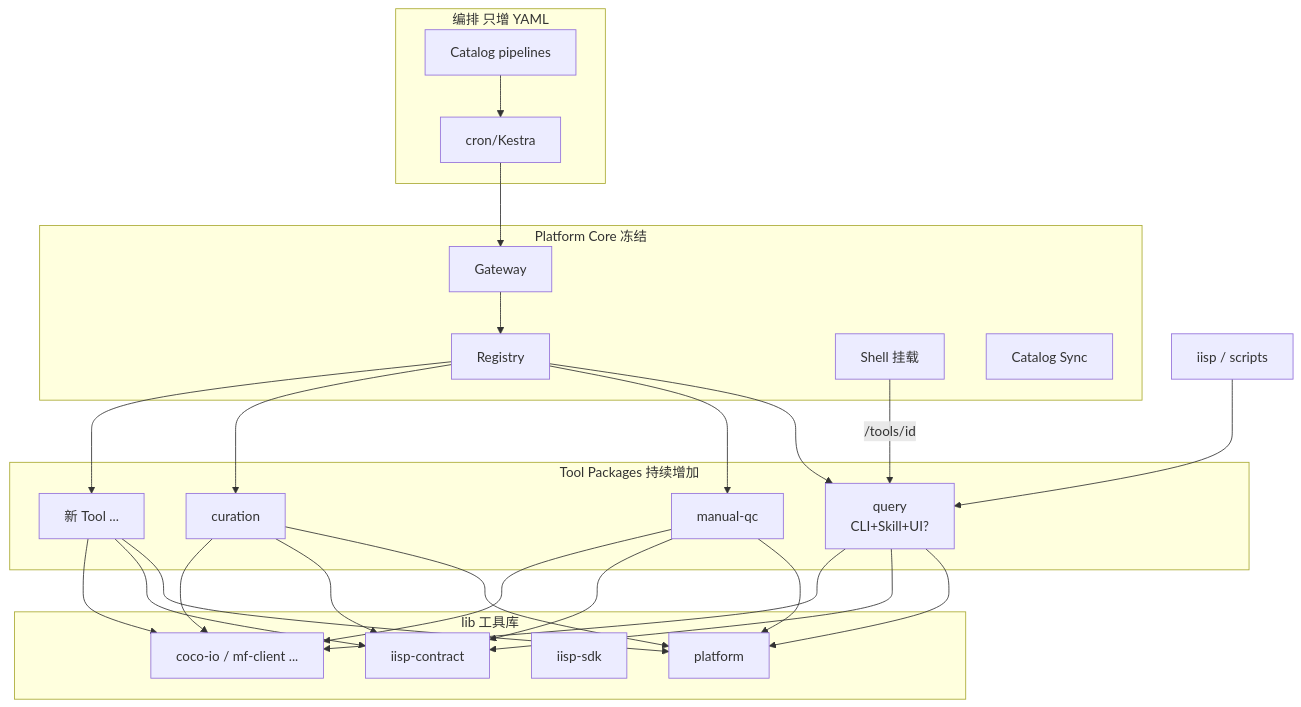
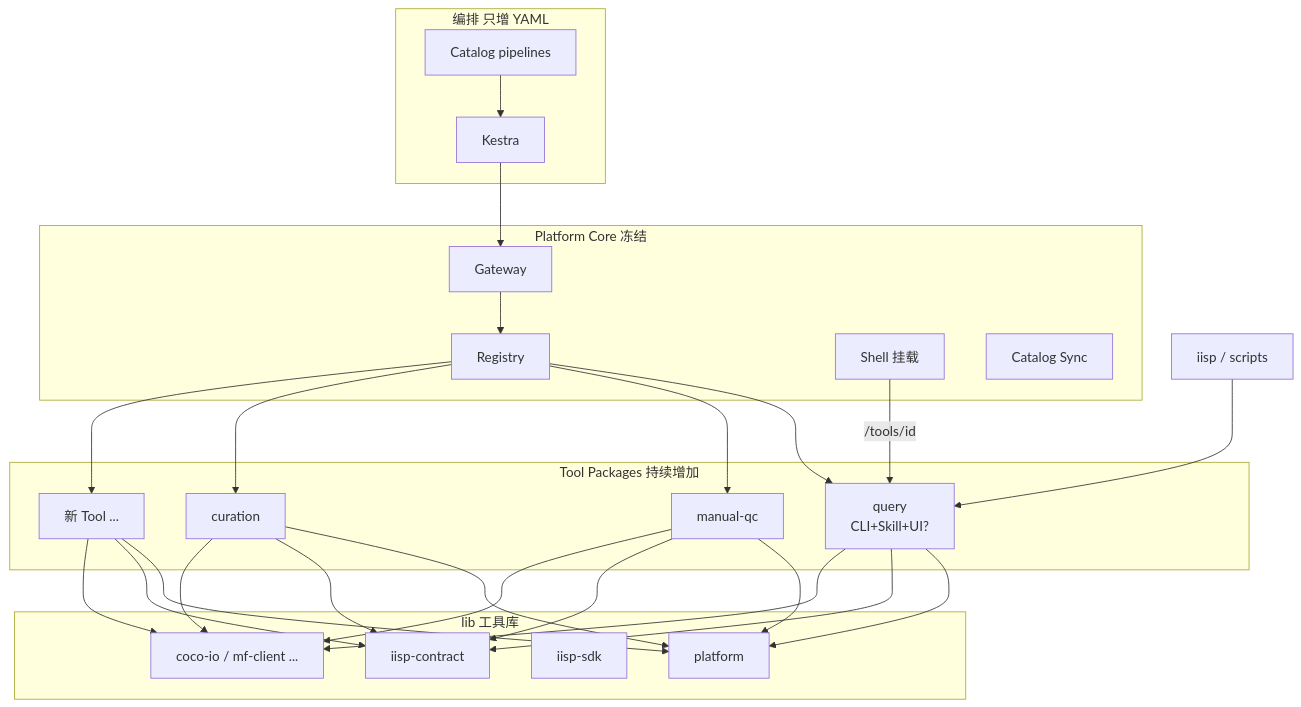
The diagram in docs/TOOL_PLUGIN_MODEL.md (algo-boost/DetForge-Studio), drawn with Mermaid before and after one commit. The commit also changed other lines of this file and 37 other files, not shown here.

````diff
--- a/docs/TOOL_PLUGIN_MODEL.md
+++ b/docs/TOOL_PLUGIN_MODEL.md
@@ -355,36 +357,36 @@
 ```mermaid
 flowchart TB
   subgraph platform [Platform Core 冻结]
     GW[Gateway]
     Reg[Registry]
     Shell[Shell 挂载]
     Cat[Catalog Sync]
   end
 
   subgraph lib [lib 工具库]
     PL[platform]
     IC[iisp-contract]
     IS[iisp-sdk]
     DOM[coco-io / mf-client ...]
   end
 
   subgraph tools [Tool Packages 持续增加]
     T1[query\nCLI+Skill+UI?]
     T2[manual-qc]
     T3[curation]
     TN[新 Tool ...]
   end
 
   subgraph orch [编排 只增 YAML]
     Pipe[Catalog pipelines]
-    K[cron/Kestra]
+    K[Kestra]
   end
 
   K --> GW
   Pipe --> K
   GW --> Reg
   Reg --> T1 & T2 & T3 & TN
   T1 & T2 & T3 & TN --> PL & IC & DOM
   Shell -->|/tools/id| T1
   CLI[iisp / scripts] --> T1
 ```
````
